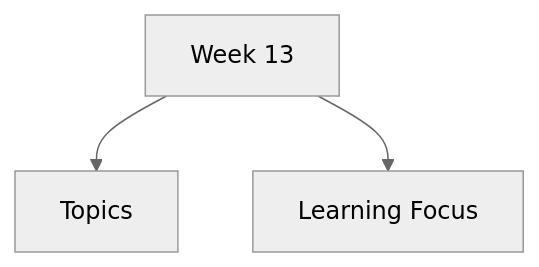
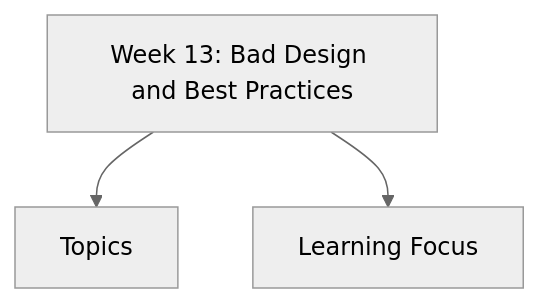
One commit to abdulahshoaib/ahci changed the diagram in content/docs/week-13/_index.md. Above: the diagram before and after it, drawn with Mermaid (neutral theme). The commit also changed other lines of this file and 10 other files, not shown here.

````diff
--- a/content/docs/week-13/_index.md
+++ b/content/docs/week-13/_index.md
@@ -11,6 +12,6 @@
 ```mermaid
 flowchart TD
-    T["Week 13"]
+    T["Week 13: Bad Design and Best Practices"]
     T --> S1["Topics"]
     T --> S2["Learning Focus"]
 ```
````
